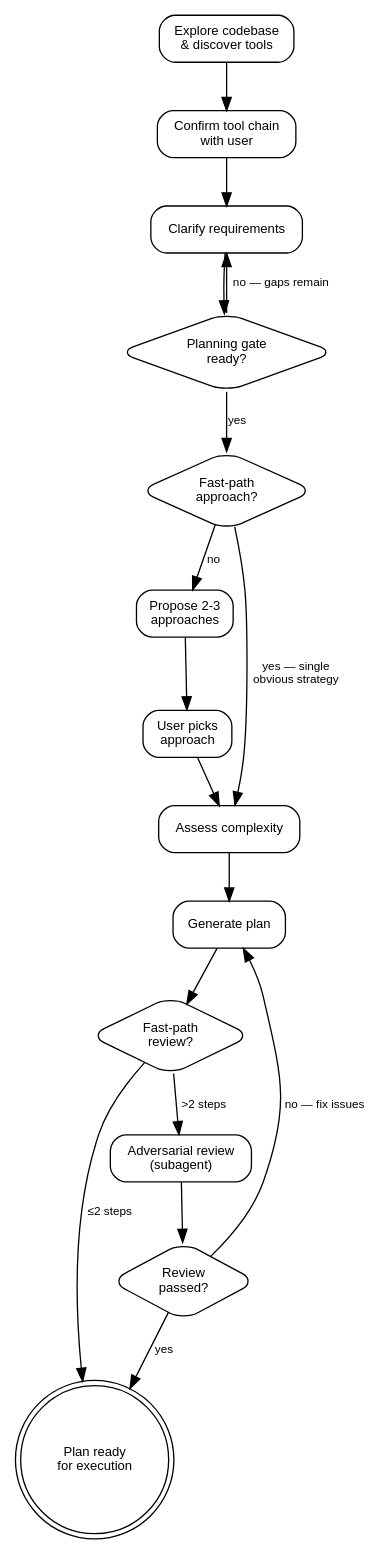
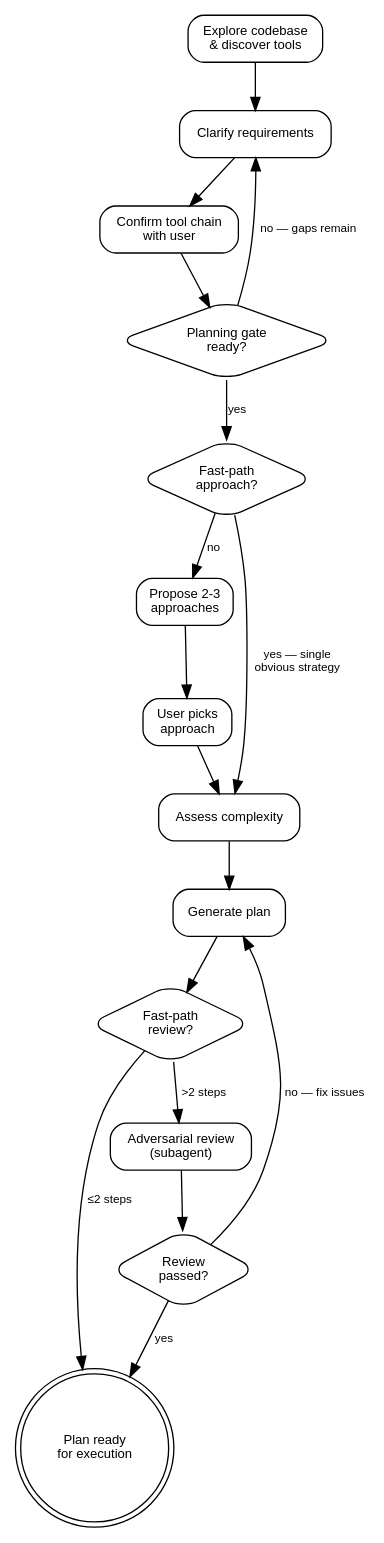
One commit to gianchub/claude-plugins changed the diagram in plugins/blueprint/skills/blueprint/SKILL.md. Above: the diagram before and after it, drawn with Graphviz. The commit also changed other lines of this file and 1 other file, not shown here.

````diff
--- a/plugins/blueprint/skills/blueprint/SKILL.md
+++ b/plugins/blueprint/skills/blueprint/SKILL.md
@@ -53,38 +44,38 @@
 ```dot
 digraph blueprint {
     rankdir=TB
     node [shape=box, style=rounded, fontname="Helvetica", fontsize=10]
     edge [fontname="Helvetica", fontsize=9]
 
     explore   [label="Explore codebase\n& discover tools"]
     confirm   [label="Confirm tool chain\nwith user"]
     clarify   [label="Clarify requirements"]
     gate      [label="Planning gate\nready?", shape=diamond]
     fastappr  [label="Fast-path\napproach?", shape=diamond]
     propose   [label="Propose 2-3\napproaches"]
     pick      [label="User picks\napproach"]
     assess    [label="Assess complexity"]
     generate  [label="Generate plan"]
     fastrev   [label="Fast-path\nreview?", shape=diamond]
     review    [label="Adversarial review\n(subagent)"]
     passed    [label="Review\npassed?", shape=diamond]
     done      [label="Plan ready\nfor execution", shape=doublecircle]
 
-    explore  -> confirm
-    confirm  -> clarify
-    clarify  -> gate
+    explore  -> clarify
+    clarify  -> confirm
+    confirm  -> gate
     gate     -> fastappr  [label="yes"]
     gate     -> clarify   [label="no — gaps remain"]
     fastappr -> assess    [label="yes — single\nobvious strategy"]
     fastappr -> propose   [label="no"]
     propose  -> pick
     pick     -> assess
     assess   -> generate
     generate -> fastrev
     fastrev  -> done      [label="≤2 steps"]
     fastrev  -> review    [label=">2 steps"]
     review   -> passed
     passed   -> done      [label="yes"]
     passed   -> generate  [label="no — fix issues"]
 }
 ```
````
